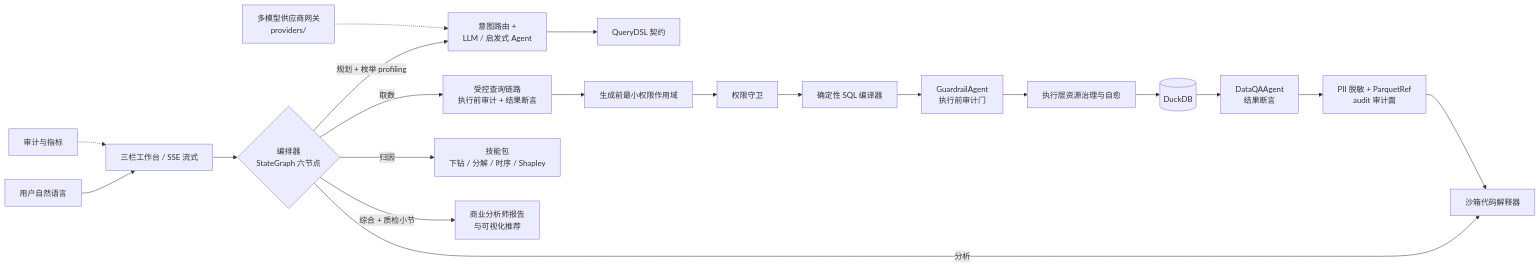
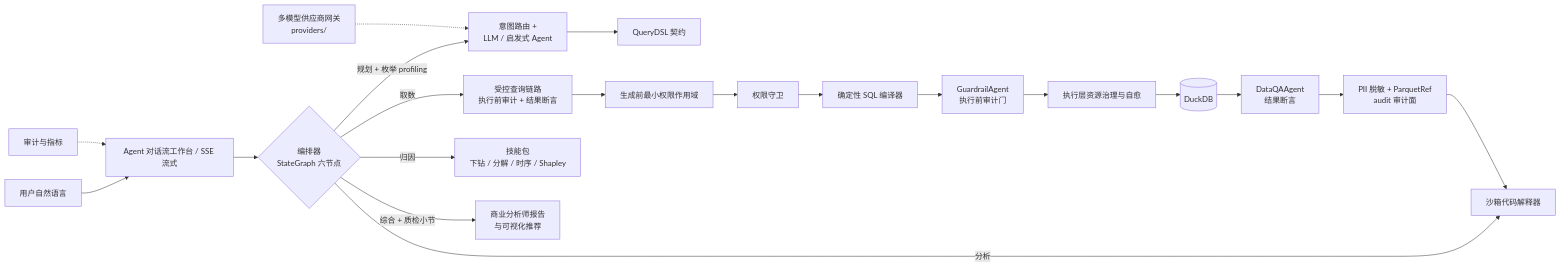
Before and after one commit to Cwentor/FutureBI: the first of 4 diagrams in docs/architecture.md, drawn with Mermaid. The commit also changed other lines of this file and 2 other files, not shown here.

Commit message:
docs(web): 同步 Agent 对话流工作台描述——活动时间线取代右栏

````diff
--- a/docs/architecture.md
+++ b/docs/architecture.md
@@ -7,22 +7,22 @@
 ```mermaid
 flowchart LR
-    U[用户自然语言] --> WEB[三栏工作台 / SSE 流式]
+    U[用户自然语言] --> WEB[Agent 对话流工作台 / SSE 流式]
     WEB --> ORCH{编排器<br>StateGraph 六节点}
     ORCH -->|规划 + 枚举 profiling| AG[意图路由 +<br>LLM / 启发式 Agent]
     ORCH -->|取数| QRY[受控查询链路<br>执行前审计 + 结果断言]
     ORCH -->|分析| SBX[沙箱代码解释器]
     ORCH -->|归因| SKL[技能包<br>下钻 / 分解 / 时序 / Shapley]
     ORCH -->|综合 + 质检小节| PRES[商业分析师报告<br>与可视化推荐]
     AG --> DSL[QueryDSL 契约]
     QRY --> SCOPE[生成前最小权限作用域]
     SCOPE --> GUARD[权限守卫]
     GUARD --> CMP[确定性 SQL 编译器]
     CMP --> GA[GuardrailAgent<br>执行前审计门]
     GA --> EXEC[执行层资源治理与自愈]
     EXEC --> DB[(DuckDB)]
     DB --> QA[DataQAAgent<br>结果断言]
     QA --> RET[PII 脱敏 + ParquetRef<br>audit 审计面]
     RET --> SBX
     LLMGW[多模型供应商网关<br>providers/] -.-> AG
     AUD[审计与指标] -.-> WEB
 ```
````
